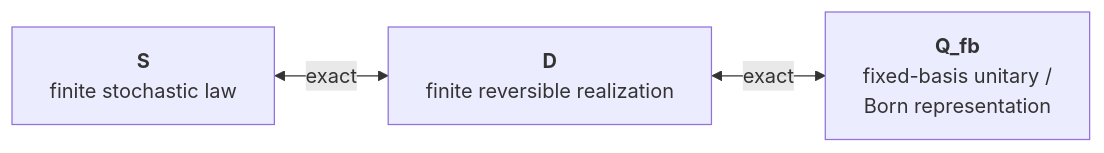
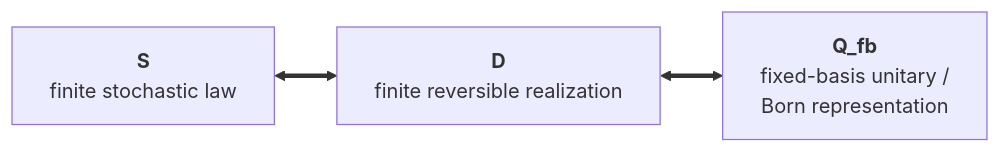
The diagram in README.md (amaybaum/incompleteness), drawn with Mermaid before and after one commit.

Commit message:
docs(README): drop the 'exact' labels; use thick two-way arrows
Owner request: the S <-> D <-> Q_fb links are drawn as thick
bidirectional arrows (<==>) without labels.

Claude-Session: https://claude.ai/code/session_011zDyUSyEszk3JJx83uXKKq

````diff
--- a/README.md
+++ b/README.md
@@ -28,8 +28,8 @@
 ```mermaid
 flowchart LR
     S["<b>S</b><br/>finite stochastic law"]
     D["<b>D</b><br/>finite reversible realization"]
     Q["<b>Q_fb</b><br/>fixed-basis unitary /<br/>Born representation"]
-    S <-->|exact| D
-    D <-->|exact| Q
+    S <==> D
+    D <==> Q
 ```
````
